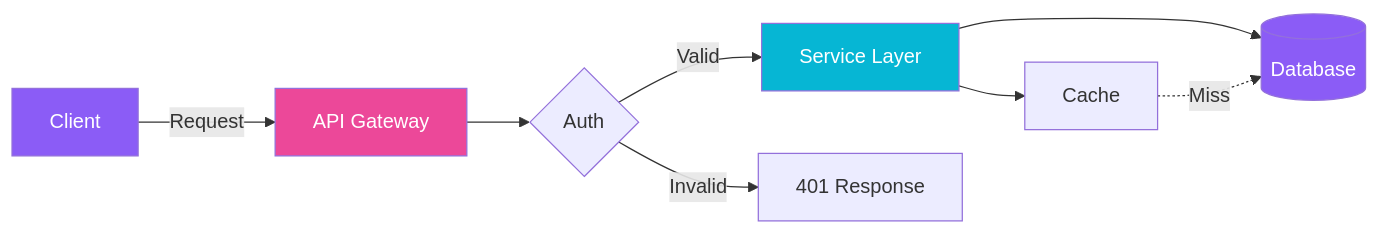
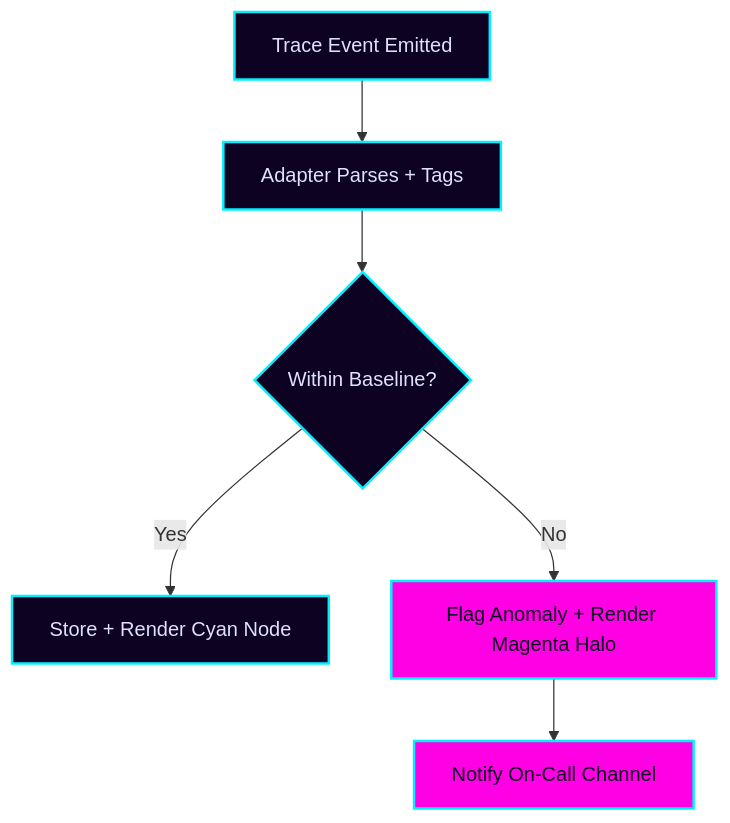
The second of 2 diagrams in skills/legendary-readme/templates/visual-showcase-readme.md (victorlazari/lzr1-skills), drawn with Mermaid before and after one commit. The commit also changed other lines of this file and 15 other files, not shown here.

````diff
--- a/skills/legendary-readme/templates/visual-showcase-readme.md
+++ b/skills/legendary-readme/templates/visual-showcase-readme.md
@@ -192,15 +124,11 @@
 ```mermaid
-graph LR
-    A[Client] -->|Request| B[API Gateway]
-    B --> C{Auth}
-    C -->|Valid| D[Service Layer]
-    C -->|Invalid| E[401 Response]
-    D --> F[(Database)]
-    D --> G[Cache]
-    G -.->|Miss| F
-    
-    style A fill:#8B5CF6,color:#fff
-    style B fill:#EC4899,color:#fff
-    style D fill:#06B6D4,color:#fff
-    style F fill:#8B5CF6,color:#fff
+flowchart TD
+    T[Trace Event Emitted] --> P[Adapter Parses + Tags]
+    P --> Q{Within Baseline?}
+    Q -->|Yes| S[Store + Render Cyan Node]
+    Q -->|No| R[Flag Anomaly + Render Magenta Halo]
+    R --> N[Notify On-Call Channel]
+    classDef default fill:#0D0221,stroke:#00F0FF,color:#E0E0FF,stroke-width:2px
+    classDef highlight fill:#FF00E4,stroke:#00F0FF,color:#0D0221
+    class R,N highlight
 ```
````
